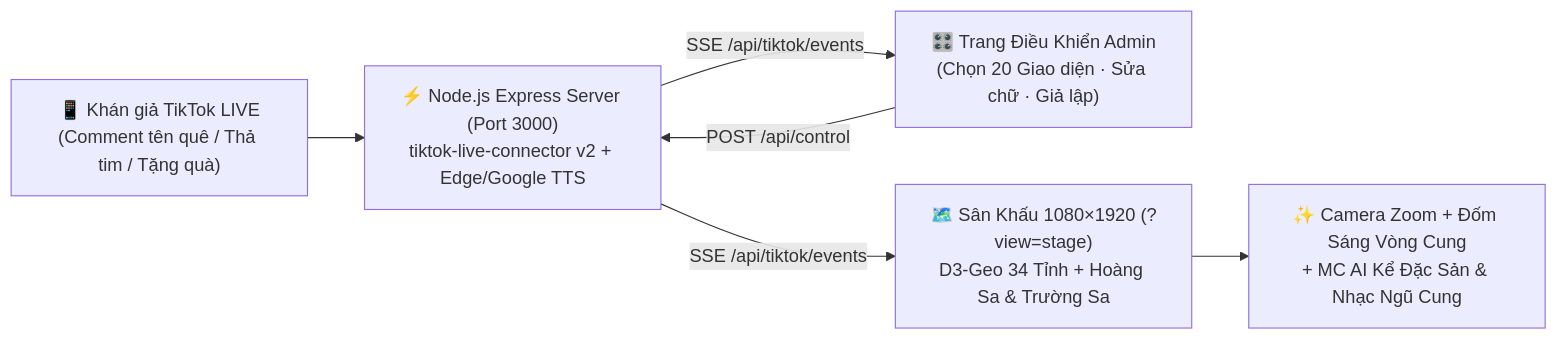
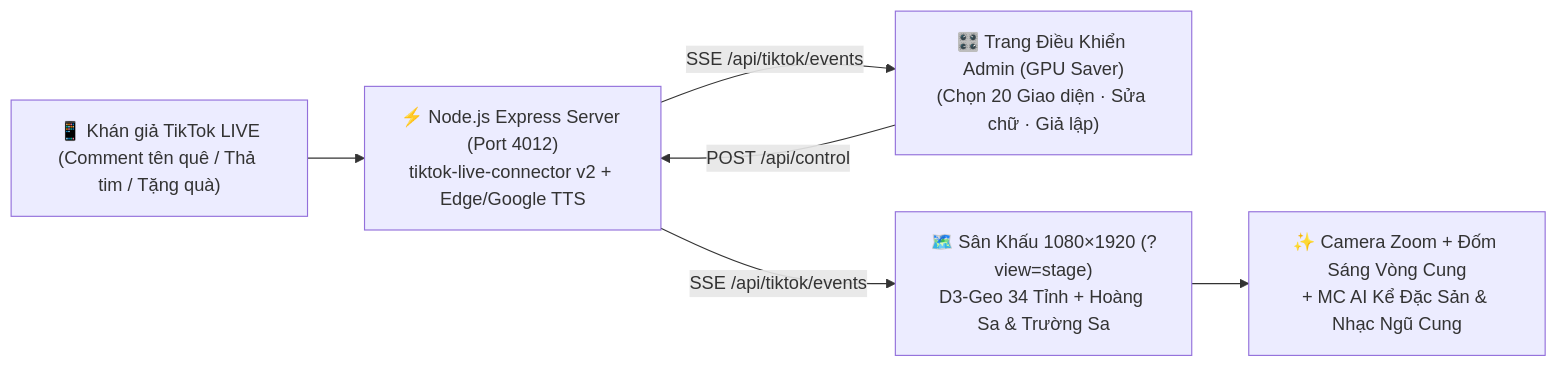
One commit to duongbirken2510/LIVE-Bando changed the diagram in info/Introduce_VietNamDatNuocTaOi.md. Above: the diagram before and after it, drawn with Mermaid. The commit also changed other lines of this file and 26 other files, not shown here.

Commit message:
feat(release): upgrade to 3D evergreen banners, System Tray Guardian v2, GPU Saver, and Port 4012

````diff
--- a/info/Introduce_VietNamDatNuocTaOi.md
+++ b/info/Introduce_VietNamDatNuocTaOi.md
@@ -140,8 +140,8 @@
 ```mermaid
 flowchart LR
-    A["📱 Khán giả TikTok LIVE<br/>(Comment tên quê / Thả tim / Tặng quà)"] --> B["⚡ Node.js Express Server (Port 3000)<br/>tiktok-live-connector v2 + Edge/Google TTS"]
-    B -->|SSE /api/tiktok/events| C["🎛️ Trang Điều Khiển Admin<br/>(Chọn 20 Giao diện · Sửa chữ · Giả lập)"]
+    A["📱 Khán giả TikTok LIVE<br/>(Comment tên quê / Thả tim / Tặng quà)"] --> B["⚡ Node.js Express Server (Port 4012)<br/>tiktok-live-connector v2 + Edge/Google TTS"]
+    B -->|SSE /api/tiktok/events| C["🎛️ Trang Điều Khiển Admin (GPU Saver)<br/>(Chọn 20 Giao diện · Sửa chữ · Giả lập)"]
     B -->|SSE /api/tiktok/events| D["🗺️ Sân Khấu 1080×1920 (?view=stage)<br/>D3-Geo 34 Tỉnh + Hoàng Sa & Trường Sa"]
     C -->|POST /api/control| B
     D --> E["✨ Camera Zoom + Đốm Sáng Vòng Cung<br/>+ MC AI Kể Đặc Sản & Nhạc Ngũ Cung"]
 ```
````
